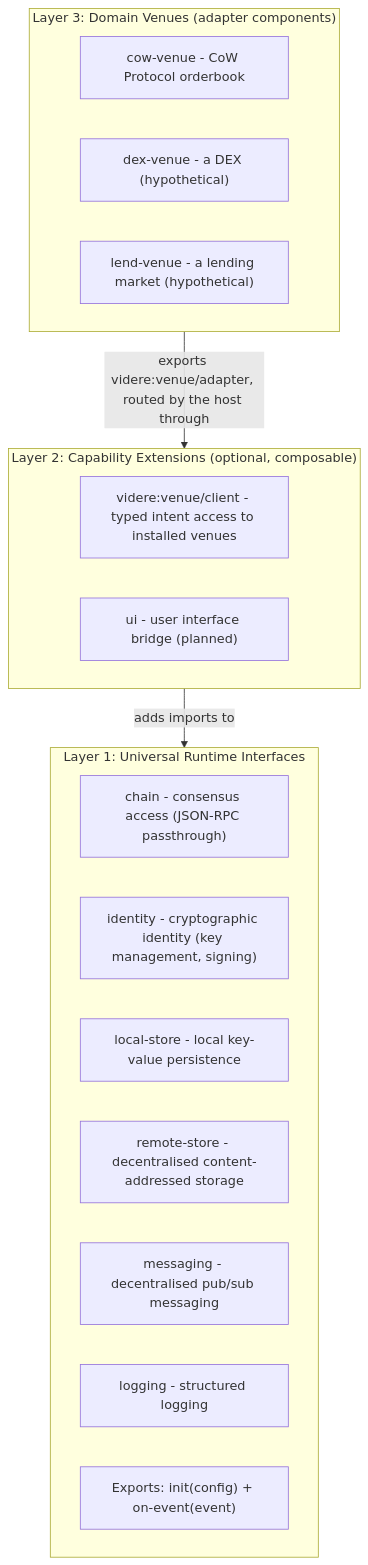
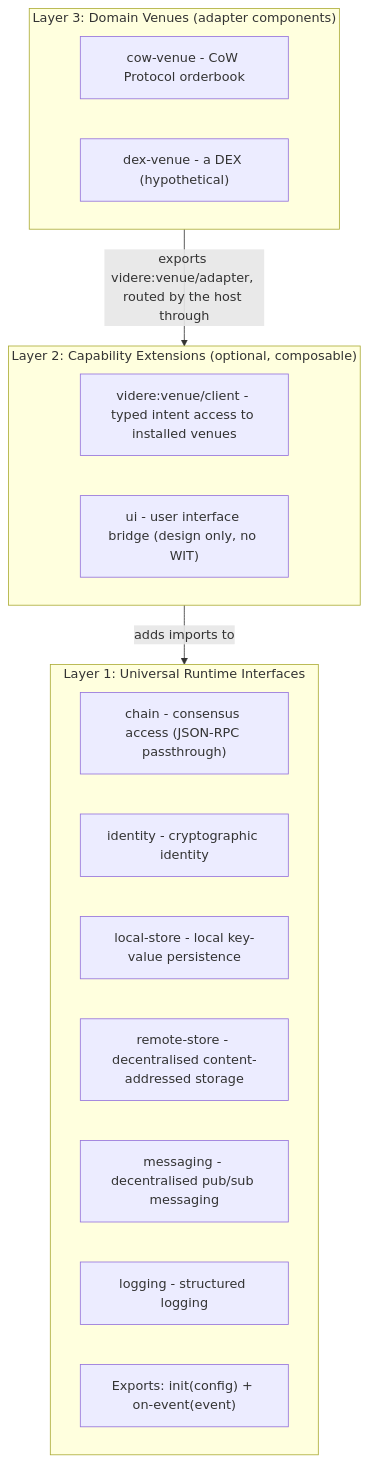
The diagram in docs/08-platform-generalisation.md (nullislabs/shepherd), drawn with Mermaid before and after one commit. The commit also changed other lines of this file and 1 other file, not shown here.

````diff
--- a/docs/08-platform-generalisation.md
+++ b/docs/08-platform-generalisation.md
@@ -48,26 +11,25 @@
 ```mermaid
 graph TD
     subgraph L3["Layer 3: Domain Venues (adapter components)"]
         COW["cow-venue - CoW Protocol orderbook"]
         DEX["dex-venue - a DEX (hypothetical)"]
-        LEND["lend-venue - a lending market (hypothetical)"]
     end
 
     subgraph L2["Layer 2: Capability Extensions (optional, composable)"]
         VC["videre:venue/client - typed intent access to installed venues"]
-        UI["ui - user interface bridge (planned)"]
+        UI["ui - user interface bridge (design only, no WIT)"]
     end
 
     subgraph L1["Layer 1: Universal Runtime Interfaces"]
         CSN["chain - consensus access (JSON-RPC passthrough)"]
-        ID["identity - cryptographic identity (key management, signing)"]
+        ID["identity - cryptographic identity"]
         LS["local-store - local key-value persistence"]
         RS["remote-store - decentralised content-addressed storage"]
         MSG["messaging - decentralised pub/sub messaging"]
         LOG["logging - structured logging"]
         EXP["Exports: init(config) + on-event(event)"]
     end
 
     L3 -->|"exports videre:venue/adapter, routed by the host through"| L2
     L2 -->|"adds imports to"| L1
 ```
````
